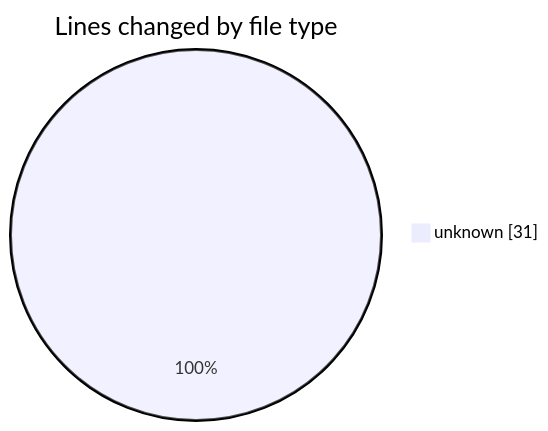
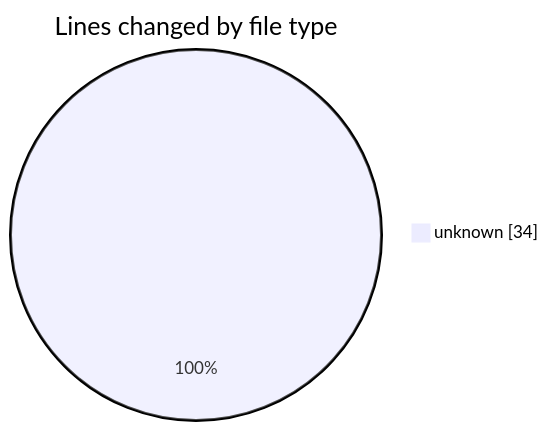
The first of 2 diagrams in 2025-07-13/rentotp/README.md (lephambinh05/code-tracking), drawn with Mermaid before and after one commit. The commit also changed other lines of this file and 1 other file, not shown here.

````diff
--- a/2025-07-13/rentotp/README.md
+++ b/2025-07-13/rentotp/README.md
@@ -20,5 +20,5 @@
 ```mermaid
 pie showData
 title Lines changed by file type
-"unknown" : 31
+"unknown" : 34
 ```
````
